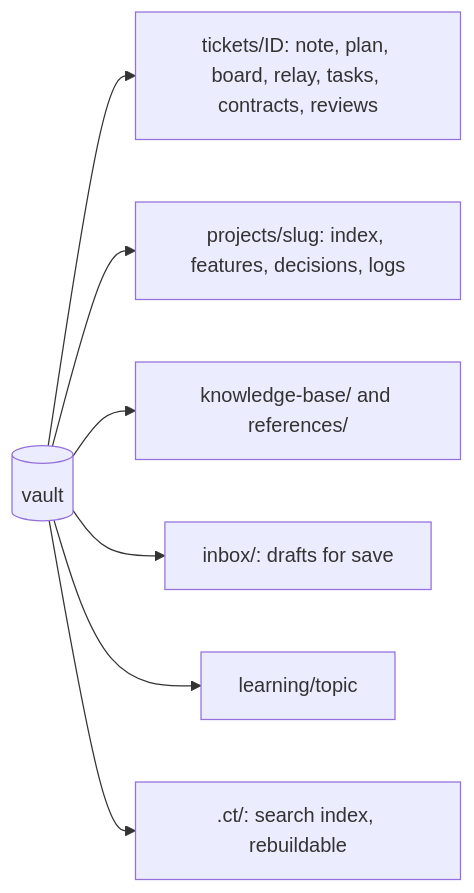
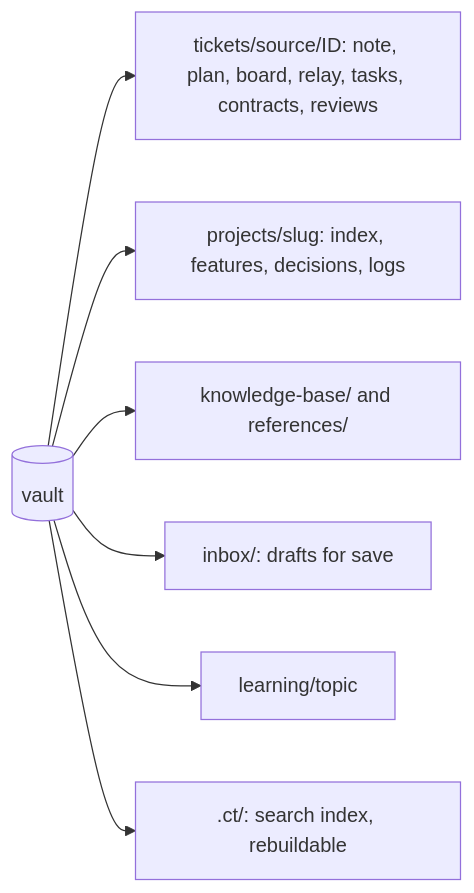
Before and after one commit to zero4573/claude-tickets: the diagram in docs/workspace-and-vault.md, drawn with Mermaid. The commit also changed other lines of this file and 126 other files, not shown here.

````diff
--- a/docs/workspace-and-vault.md
+++ b/docs/workspace-and-vault.md
@@ -12,9 +14,9 @@
 ```mermaid
 flowchart LR
-  v[("vault")] --> t["tickets/ID: note, plan, board, relay, tasks, contracts, reviews"]
+  v[("vault")] --> t["tickets/source/ID: note, plan, board, relay, tasks, contracts, reviews"]
   v --> p["projects/slug: index, features, decisions, logs"]
   v --> k["knowledge-base/ and references/"]
   v --> i["inbox/: drafts for save"]
   v --> l["learning/topic"]
   v --> c[".ct/: search index, rebuildable"]
 ```
````
